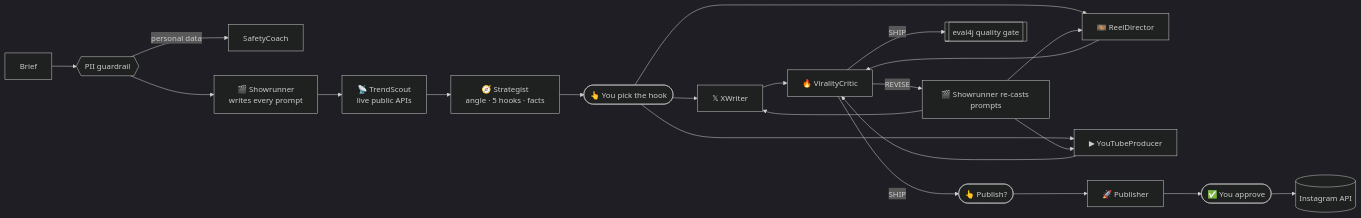
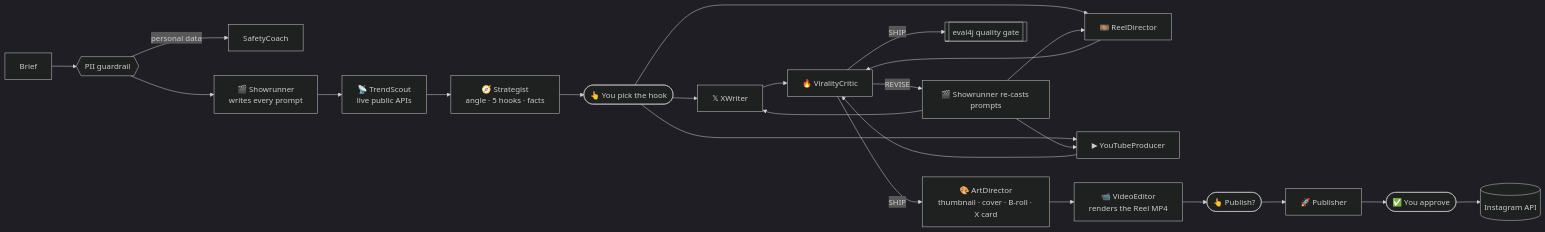
The diagram in examples/getviral/README.md (srijithunni7182/llm4j), drawn with Mermaid (dark theme) before and after one commit. The commit also changed other lines of this file and 31 other files, not shown here.

````diff
--- a/examples/getviral/README.md
+++ b/examples/getviral/README.md
@@ -39,14 +44,15 @@
 ```mermaid
 flowchart LR
     B[Brief] --> G{{PII guardrail}}
     G -- personal data --> S[SafetyCoach]
     G --> SR[🎬 Showrunner<br/>writes every prompt]
     SR --> TS[📡 TrendScout<br/>live public APIs]
     TS --> ST[🧭 Strategist<br/>angle · 5 hooks · facts]
     ST --> H([👆 You pick the hook])
     H --> X[𝕏 XWriter] & R[🎞️ ReelDirector] & Y[▶ YouTubeProducer]
     X & R & Y --> C[🔥 ViralityCritic]
     C -- REVISE --> SR2[🎬 Showrunner re-casts prompts] --> X & R & Y
     C -- SHIP --> Q[[eval4j quality gate]]
-    C -- SHIP --> P([👆 Publish?]) --> PB[🚀 Publisher] --> A([✅ You approve]) --> IG[(Instagram API)]
+    C -- SHIP --> AD[🎨 ArtDirector<br/>thumbnail · cover · B-roll · X card] --> VE[📹 VideoEditor<br/>renders the Reel MP4]
+    VE --> P([👆 Publish?]) --> PB[🚀 Publisher] --> A([✅ You approve]) --> IG[(Instagram API)]
 ```
````
